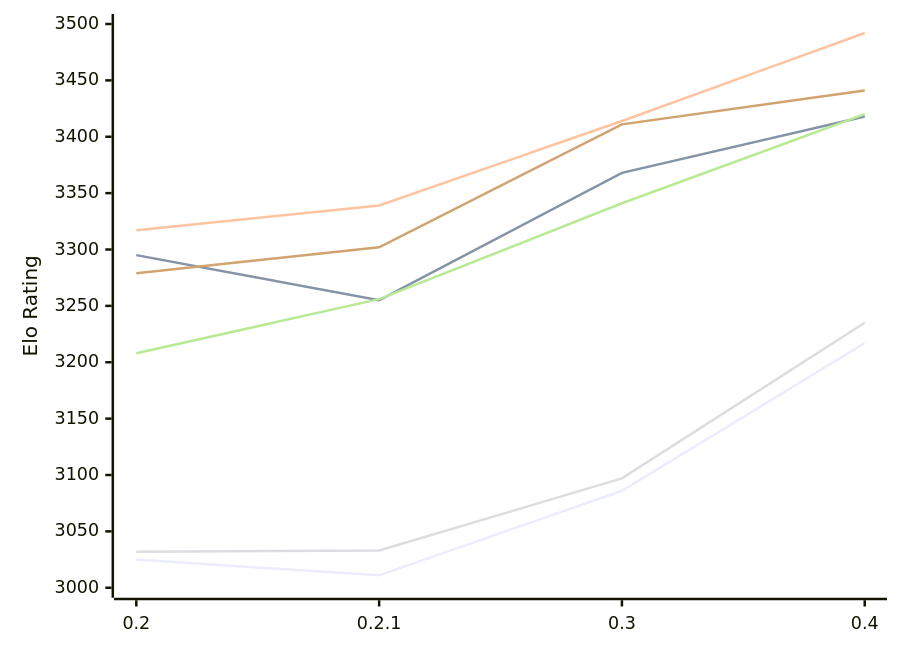
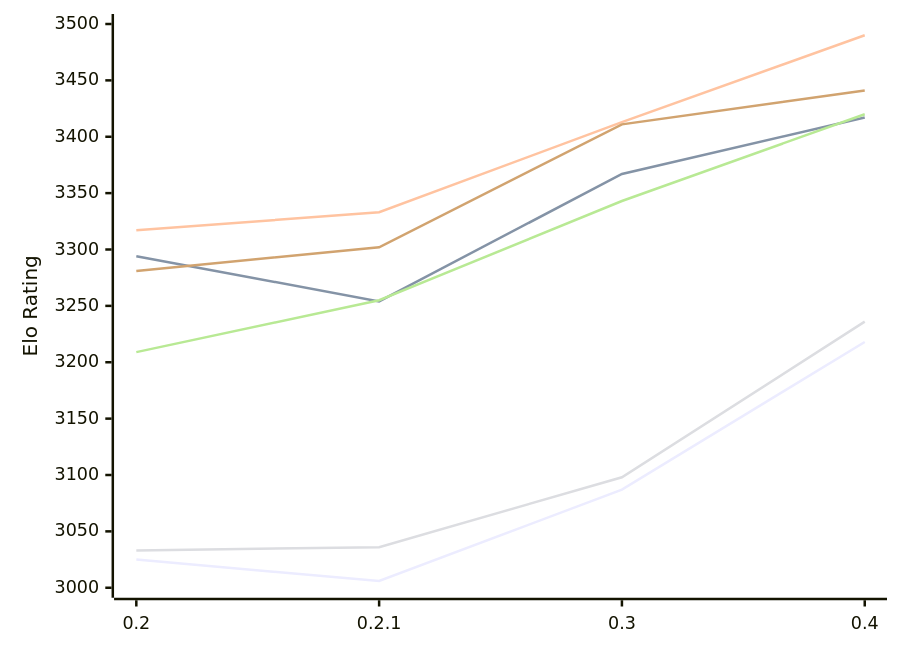
The diagram in engines/StockDory.md (computer-chess-index/cci), drawn with Mermaid before and after one commit. The commit also changed other lines of this file, not shown here.

Commit message:
Update CCI Ratings (ELO VLTC) - 2026-11-27

````diff
--- a/engines/StockDory.md
+++ b/engines/StockDory.md
@@ -53,12 +53,12 @@
 ```mermaid
 %%{init: {"theme":"base","themeVariables":{"seriesColors:['#a3a3a3','#222221','#faa371']}}}%%
 xychart-beta
   x-axis ["0.2", "0.2.1", "0.3", "0.4"]
   y-axis "Elo Rating" 3000 --> 3500
-  line "E1: STC (8.0+0.08s)" [3025, 3011, 3086, 3217]
-  line "E1: LTC (60.0+0.60s)" [3295, 3255, 3368, 3418]
-  line "E1: VLTC (2m24s+1.12s)" [3317, 3339, 3414, 3492]
-  line "P1: STC (8.0+0.08s)" [3032, 3033, 3097, 3235]
-  line "P1: LTC (60.0+0.60s)" [3208, 3256, 3341, 3420]
-  line "P1: VLTC (2m24s+1.12s)" [3279, 3302, 3411, 3441]
+  line "E1: STC (8.0+0.08s)" [3025, 3006, 3087, 3218]
+  line "E1: LTC (60.0+0.60s)" [3294, 3254, 3367, 3417]
+  line "E1: VLTC (2m24s+1.12s)" [3317, 3333, 3413, 3490]
+  line "P1: STC (8.0+0.08s)" [3033, 3036, 3098, 3236]
+  line "P1: LTC (60.0+0.60s)" [3209, 3255, 3343, 3420]
+  line "P1: VLTC (2m24s+1.12s)" [3281, 3302, 3411, 3441]
 ```
````
